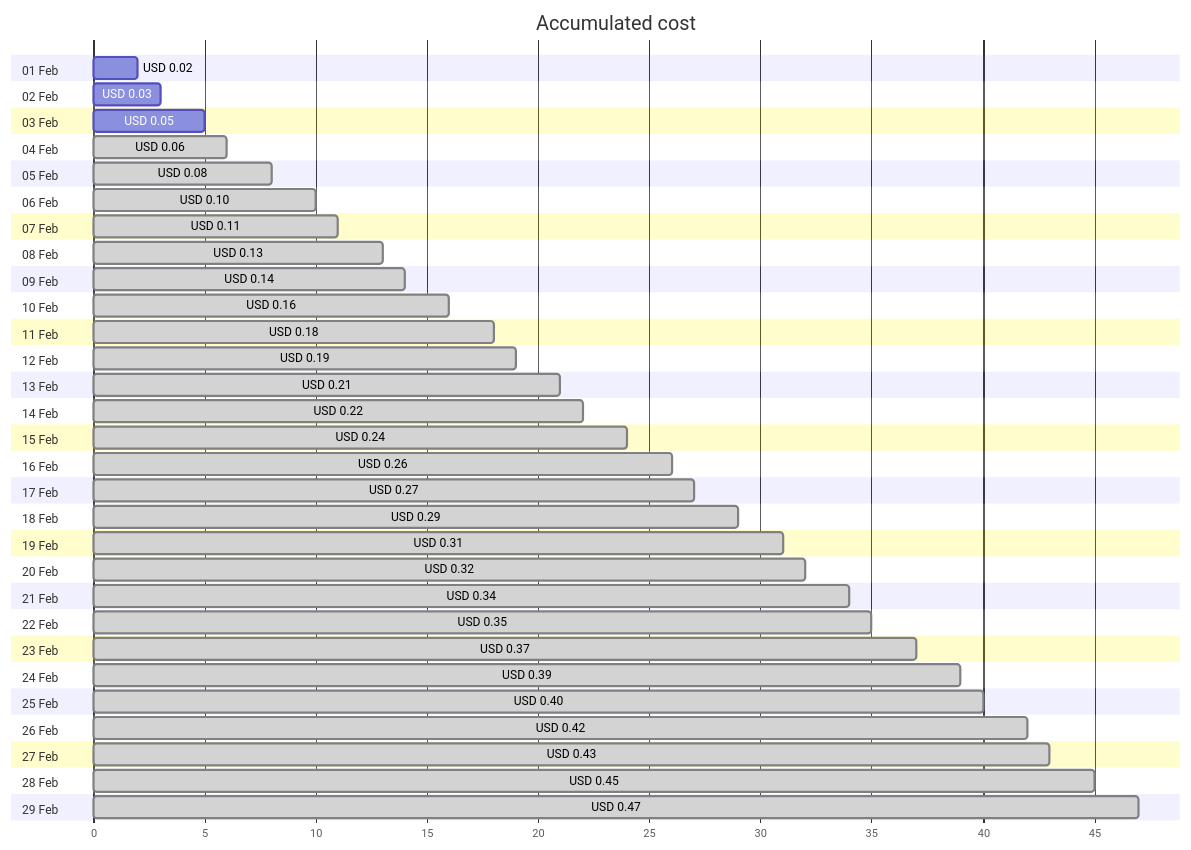
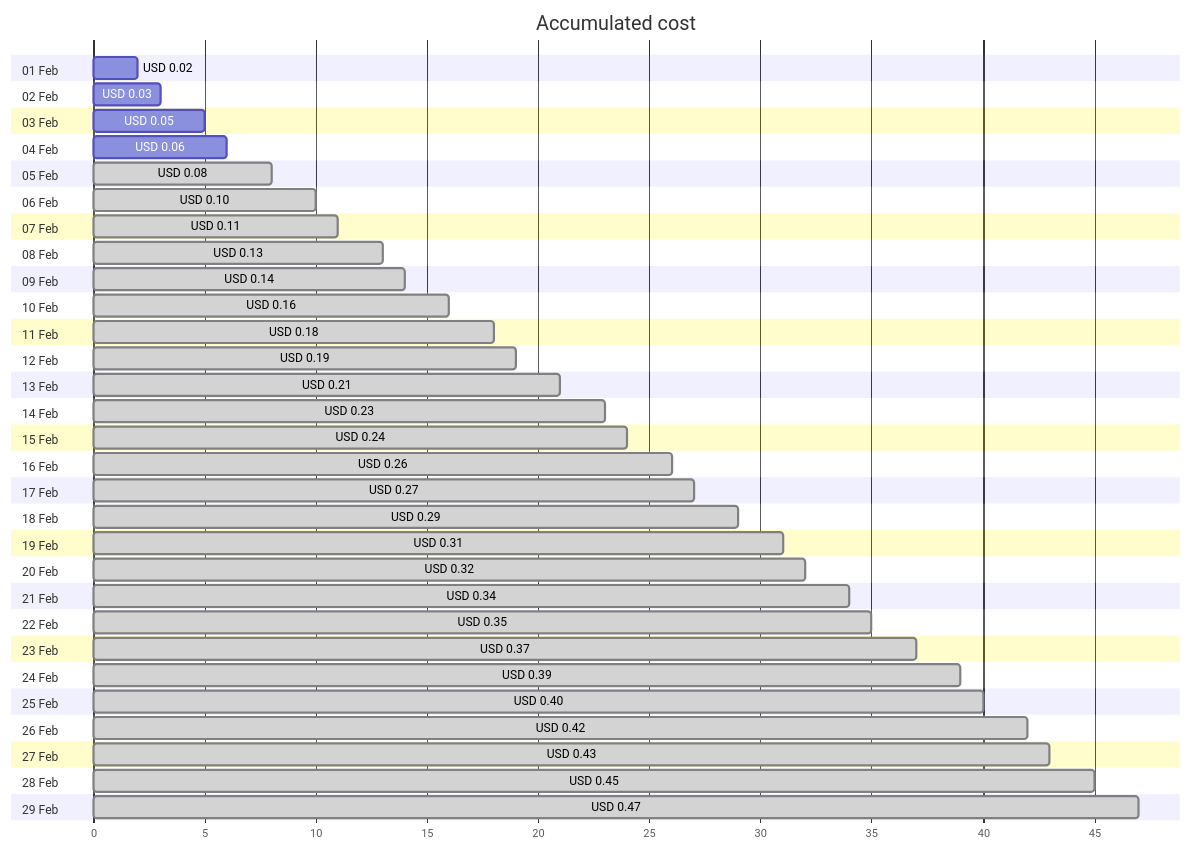
The first of 4 diagrams in cost-reports/personal-network/private.jpatrickfulton.com.md (jpfulton/azure-personal-reports), drawn with Mermaid before and after one commit. The commit also changed other lines of this file and 8 other files, not shown here.

````diff
--- a/cost-reports/personal-network/private.jpatrickfulton.com.md
+++ b/cost-reports/personal-network/private.jpatrickfulton.com.md
@@ -20,64 +20,64 @@
 ```mermaid
 gantt
    title Accumulated cost
    dateFormat  X
    axisFormat %s
    section 01 Feb
    USD 0.02 :0, 2
    section 02 Feb
    USD 0.03 :0, 3
    section 03 Feb
    USD 0.05 :0, 5
    section 04 Feb
-   USD 0.06 : done, 0, 6
+   USD 0.06 :0, 6
    section 05 Feb
    USD 0.08 : done, 0, 8
    section 06 Feb
    USD 0.10 : done, 0, 10
    section 07 Feb
    USD 0.11 : done, 0, 11
    section 08 Feb
    USD 0.13 : done, 0, 13
    section 09 Feb
    USD 0.14 : done, 0, 14
    section 10 Feb
    USD 0.16 : done, 0, 16
    section 11 Feb
    USD 0.18 : done, 0, 18
    section 12 Feb
    USD 0.19 : done, 0, 19
    section 13 Feb
    USD 0.21 : done, 0, 21
    section 14 Feb
-   USD 0.22 : done, 0, 22
+   USD 0.23 : done, 0, 23
    section 15 Feb
    USD 0.24 : done, 0, 24
    section 16 Feb
    USD 0.26 : done, 0, 26
    section 17 Feb
    USD 0.27 : done, 0, 27
    section 18 Feb
    USD 0.29 : done, 0, 29
    section 19 Feb
    USD 0.31 : done, 0, 31
    section 20 Feb
    USD 0.32 : done, 0, 32
    section 21 Feb
    USD 0.34 : done, 0, 34
    section 22 Feb
    USD 0.35 : done, 0, 35
    section 23 Feb
    USD 0.37 : done, 0, 37
    section 24 Feb
    USD 0.39 : done, 0, 39
    section 25 Feb
    USD 0.40 : done, 0, 40
    section 26 Feb
    USD 0.42 : done, 0, 42
    section 27 Feb
    USD 0.43 : done, 0, 43
    section 28 Feb
    USD 0.45 : done, 0, 45
    section 29 Feb
    USD 0.47 : done, 0, 47
 ```
````
